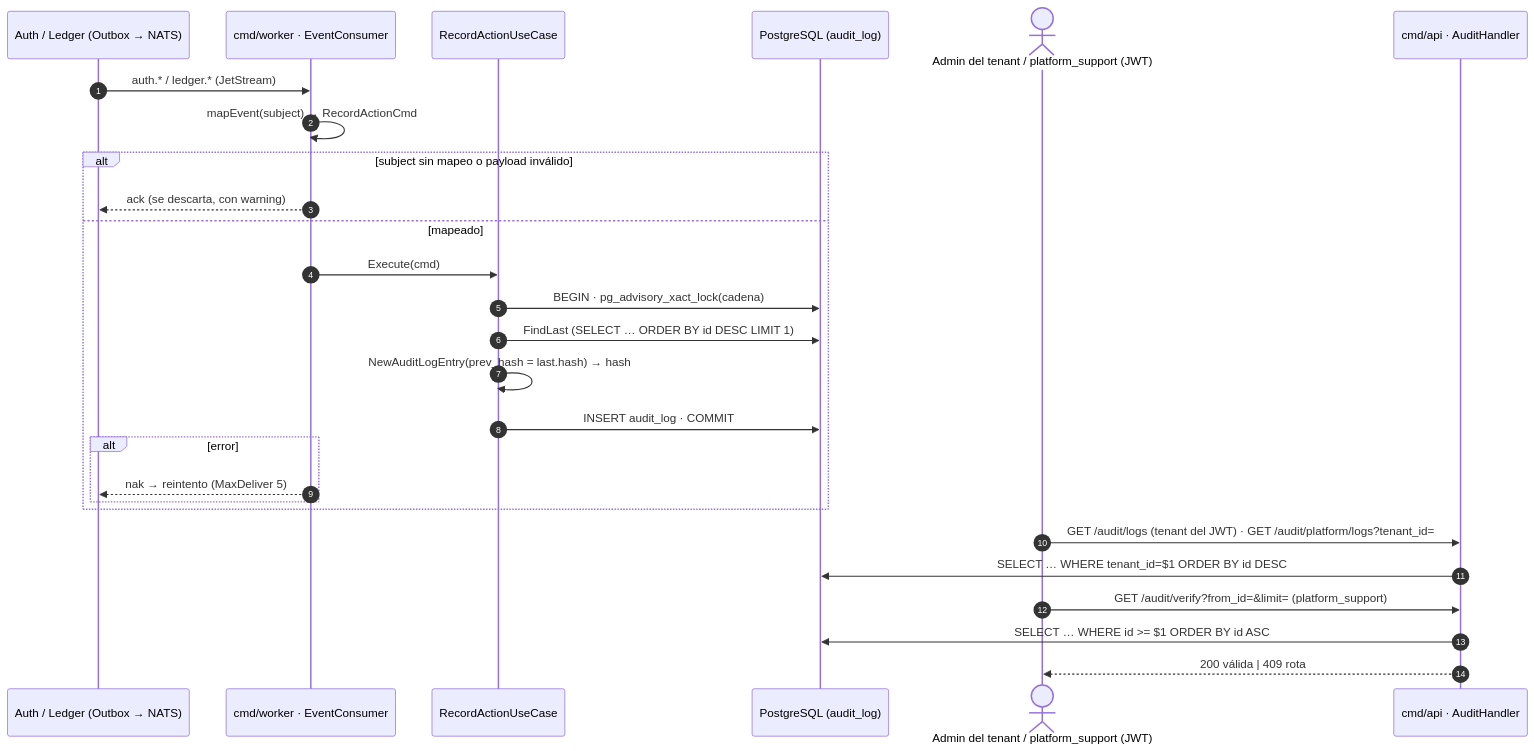
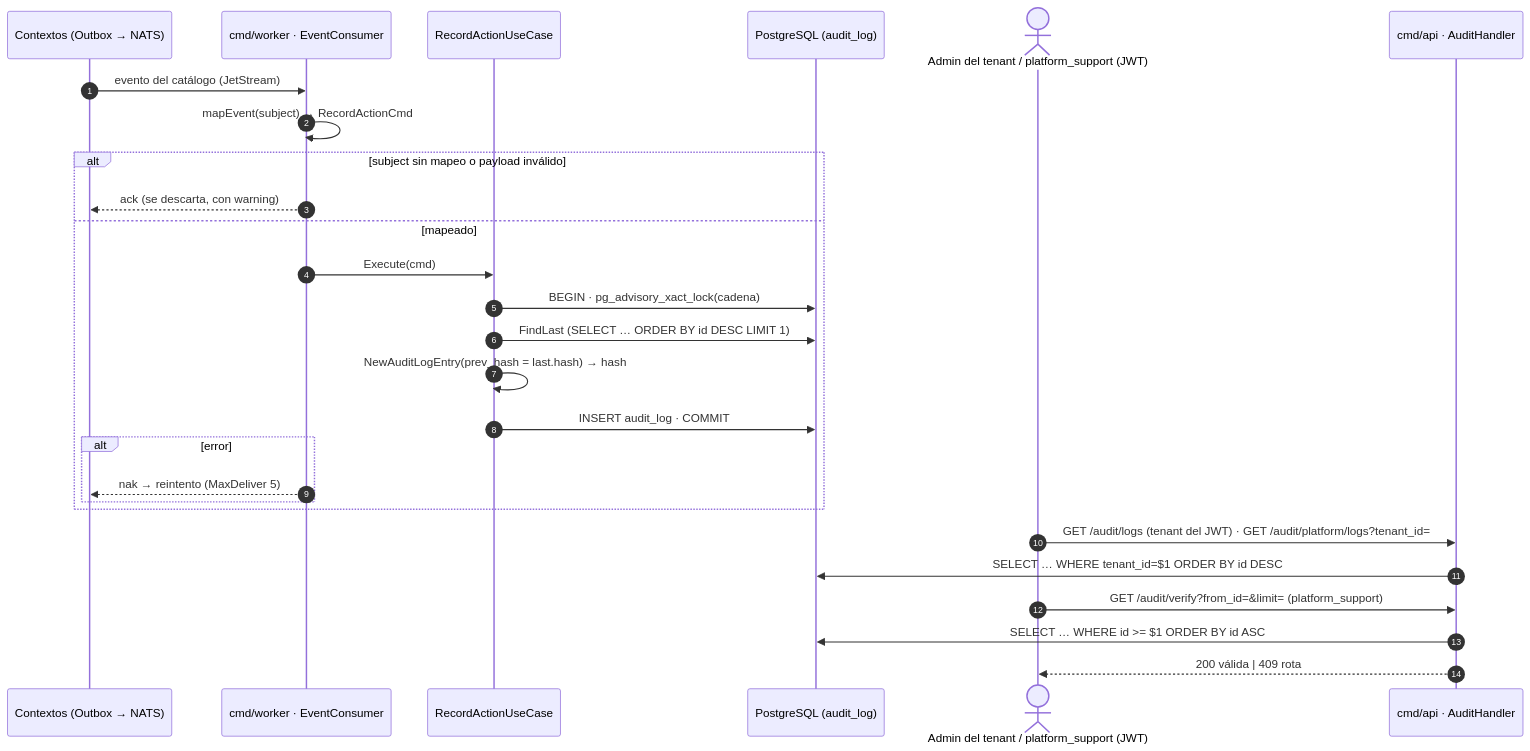
One commit to juantevez/cobros-platform changed the first of 2 diagrams in docs/technical/AUDIT.md. Above: the diagram before and after it, drawn with Mermaid. The commit also changed other lines of this file and 14 other files, not shown here.

````diff
--- a/docs/technical/AUDIT.md
+++ b/docs/technical/AUDIT.md
@@ -57,31 +58,31 @@
 ```mermaid
 sequenceDiagram
     autonumber
-    participant SRC as Auth / Ledger (Outbox → NATS)
+    participant SRC as Contextos (Outbox → NATS)
     participant W as cmd/worker · EventConsumer
     participant UC as RecordActionUseCase
     participant DB as PostgreSQL (audit_log)
     actor U as Admin del tenant / platform_support (JWT)
     participant API as cmd/api · AuditHandler
 
-    SRC->>W: auth.* / ledger.* (JetStream)
+    SRC->>W: evento del catálogo (JetStream)
     W->>W: mapEvent(subject) → RecordActionCmd
     alt subject sin mapeo o payload inválido
         W-->>SRC: ack (se descarta, con warning)
     else mapeado
         W->>UC: Execute(cmd)
         UC->>DB: BEGIN · pg_advisory_xact_lock(cadena)
         UC->>DB: FindLast (SELECT … ORDER BY id DESC LIMIT 1)
         UC->>UC: NewAuditLogEntry(prev_hash = last.hash) → hash
         UC->>DB: INSERT audit_log · COMMIT
         alt error
             W-->>SRC: nak → reintento (MaxDeliver 5)
         end
     end
 
     U->>API: GET /audit/logs (tenant del JWT) · GET /audit/platform/logs?tenant_id=
     API->>DB: SELECT … WHERE tenant_id=$1 ORDER BY id DESC
     U->>API: GET /audit/verify?from_id=&limit= (platform_support)
     API->>DB: SELECT … WHERE id >= $1 ORDER BY id ASC
     API-->>U: 200 válida | 409 rota
 ```
````
